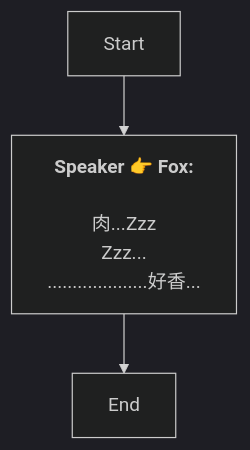
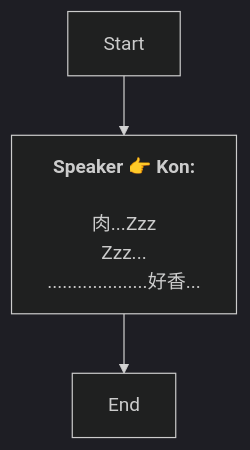
The diagram in Zh/AddDialogNode_1738535928069235.md (SoftHu/tos_avg), drawn with Mermaid (dark theme) before and after one commit. The commit also changed 730 other files, not shown here.

````diff
--- a/Zh/AddDialogNode_1738535928069235.md
+++ b/Zh/AddDialogNode_1738535928069235.md
@@ -1,9 +1,9 @@
 ```mermaid
 graph
-Start -->1738535974722678[<b>Speaker 👉 Fox:</b>
+Start -->1738535974722678[<b>Speaker 👉 Kon:</b>
 \n肉...Zzz
 Zzz...
 ....................好香...]
 1738535974722678 -->1738535977029751[End]
 
 ```
````
